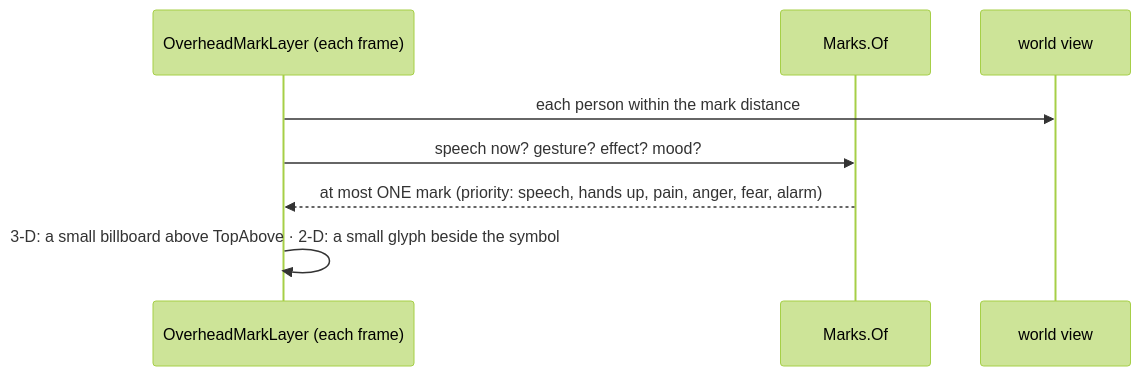
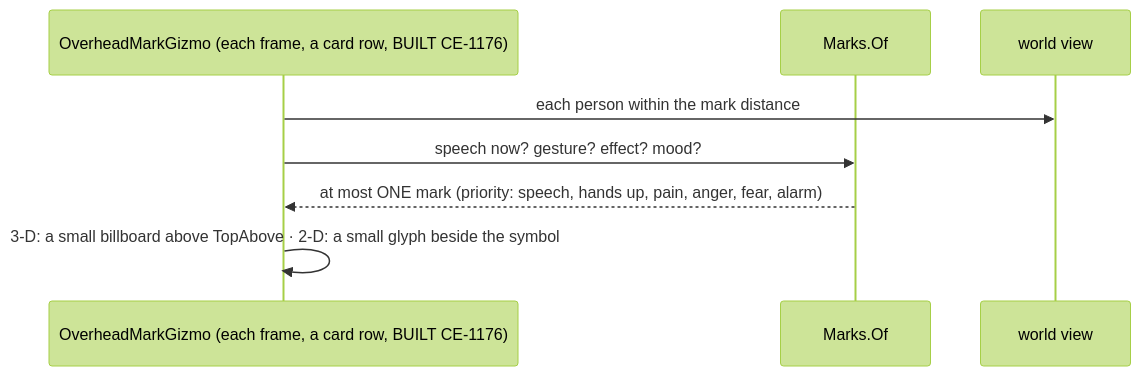
Before and after one commit to pjanec/HROT: the third of 6 diagrams in docs/DESIGN_People_Display.md, drawn with Mermaid (forest theme). The commit also changed other lines of this file and 10 other files, not shown here.

````diff
--- a/docs/DESIGN_People_Display.md
+++ b/docs/DESIGN_People_Display.md
@@ -130,10 +130,10 @@
 ```mermaid
 sequenceDiagram
-  participant O as OverheadMarkLayer (each frame)
+  participant O as OverheadMarkGizmo (each frame, a card row, BUILT CE-1176)
   participant M as Marks.Of
   participant W as world view
   O->>W: each person within the mark distance
   O->>M: speech now? gesture? effect? mood?
   M-->>O: at most ONE mark (priority: speech, hands up, pain, anger, fear, alarm)
   O->>O: 3-D: a small billboard above TopAbove · 2-D: a small glyph beside the symbol
 ```
````
